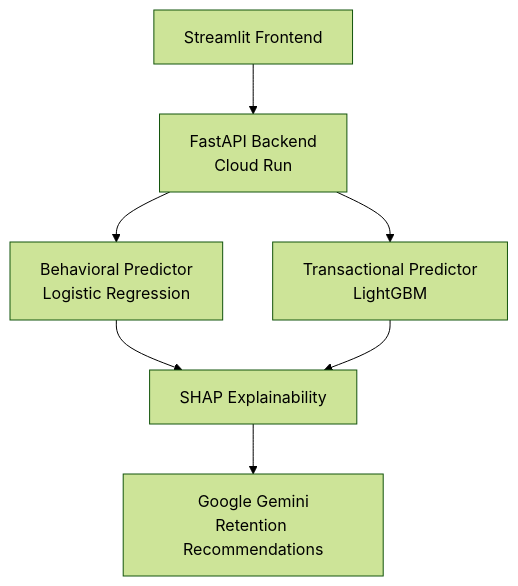
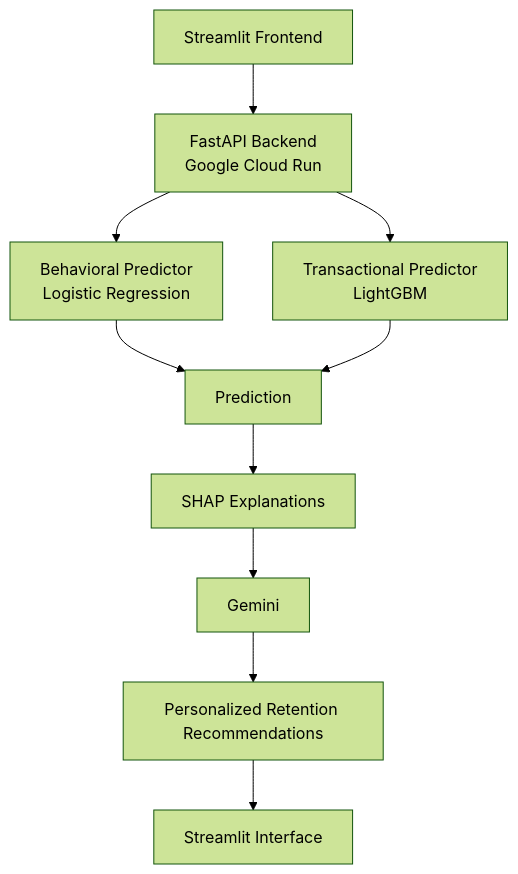
The diagram in README.md (Soodabeh/retention-agent), drawn with Mermaid (forest theme) before and after one commit.

Commit message:
Add updated Architecture to README

````diff
--- a/README.md
+++ b/README.md
@@ -101,25 +101,17 @@
 ```mermaid
 flowchart TD
+    A[Streamlit Frontend] --> B[FastAPI Backend<br/>Google Cloud Run]
 
-A[Streamlit Frontend]
+    B --> C[Behavioral Predictor<br/>Logistic Regression]
+    B --> D[Transactional Predictor<br/>LightGBM]
 
-B[FastAPI Backend<br/>Cloud Run]
+    C --> E[Prediction]
+    D --> E
 
-C[Behavioral Predictor<br/>Logistic Regression]
+    E --> F[SHAP Explanations]
 
-D[Transactional Predictor<br/>LightGBM]
+    F --> G[Gemini]
+    G --> H[Personalized Retention Recommendations]
 
-E[SHAP Explainability]
-
-F[Google Gemini<br/>Retention Recommendations]
-
-A --> B
-
-B --> C
-B --> D
-
-C --> E
-D --> E
-
-E --> F
+    H --> I[Streamlit Interface]
 ```
````
